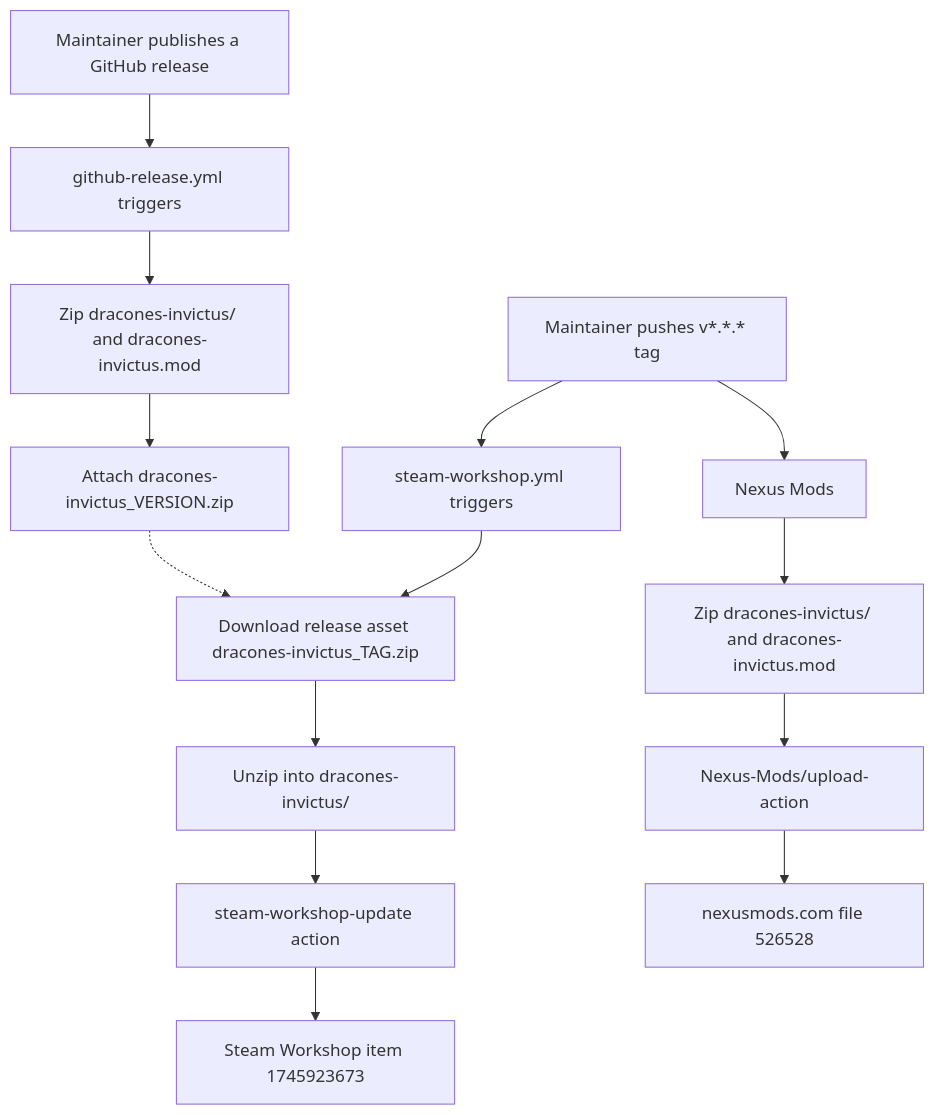
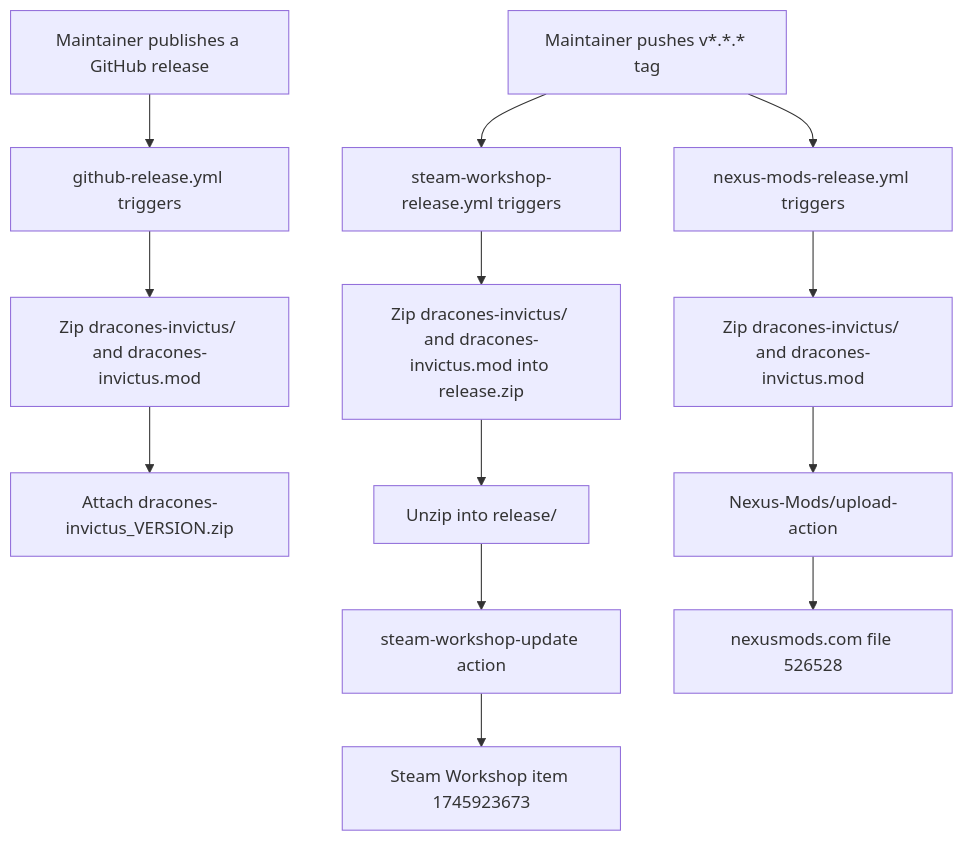
Before and after one commit to hmlendea/imperator-dracones-invictus: the diagram in docs/build-and-deployment.md, drawn with Mermaid. The commit also changed other lines of this file and 25 other files, not shown here.

Commit message:
ci: Updated the Steam Workshop Release workflow

````diff
--- a/docs/build-and-deployment.md
+++ b/docs/build-and-deployment.md
@@ -19,16 +19,15 @@
 ```mermaid
 flowchart TD
     Release[Maintainer publishes a GitHub release] --> Pkg[github-release.yml triggers]
     Pkg --> Zip[Zip dracones-invictus/ and dracones-invictus.mod]
     Zip --> Asset[Attach dracones-invictus_VERSION.zip]
-    Tag[Maintainer pushes v*.*.* tag] --> Trigger[steam-workshop.yml triggers]
-    Tag --> Nexus[Nexus Mods]
-    Trigger --> Download[Download release asset dracones-invictus_TAG.zip]
-    Asset -.-> Download
-    Download --> Unzip[Unzip into dracones-invictus/]
+    Tag[Maintainer pushes v*.*.* tag] --> Trigger[steam-workshop-release.yml triggers]
+    Tag --> Nexus[nexus-mods-release.yml triggers]
+    Trigger --> ZipWorkshop[Zip dracones-invictus/ and dracones-invictus.mod into release.zip]
+    ZipWorkshop --> Unzip[Unzip into release/]
     Unzip --> Upload[steam-workshop-update action]
     Upload --> Workshop[Steam Workshop item 1745923673]
     Nexus --> ZipNexus[Zip dracones-invictus/ and dracones-invictus.mod]
     ZipNexus --> UploadNexus[Nexus-Mods/upload-action]
     UploadNexus --> NexusHost[nexusmods.com file 526528]
 ```
````
